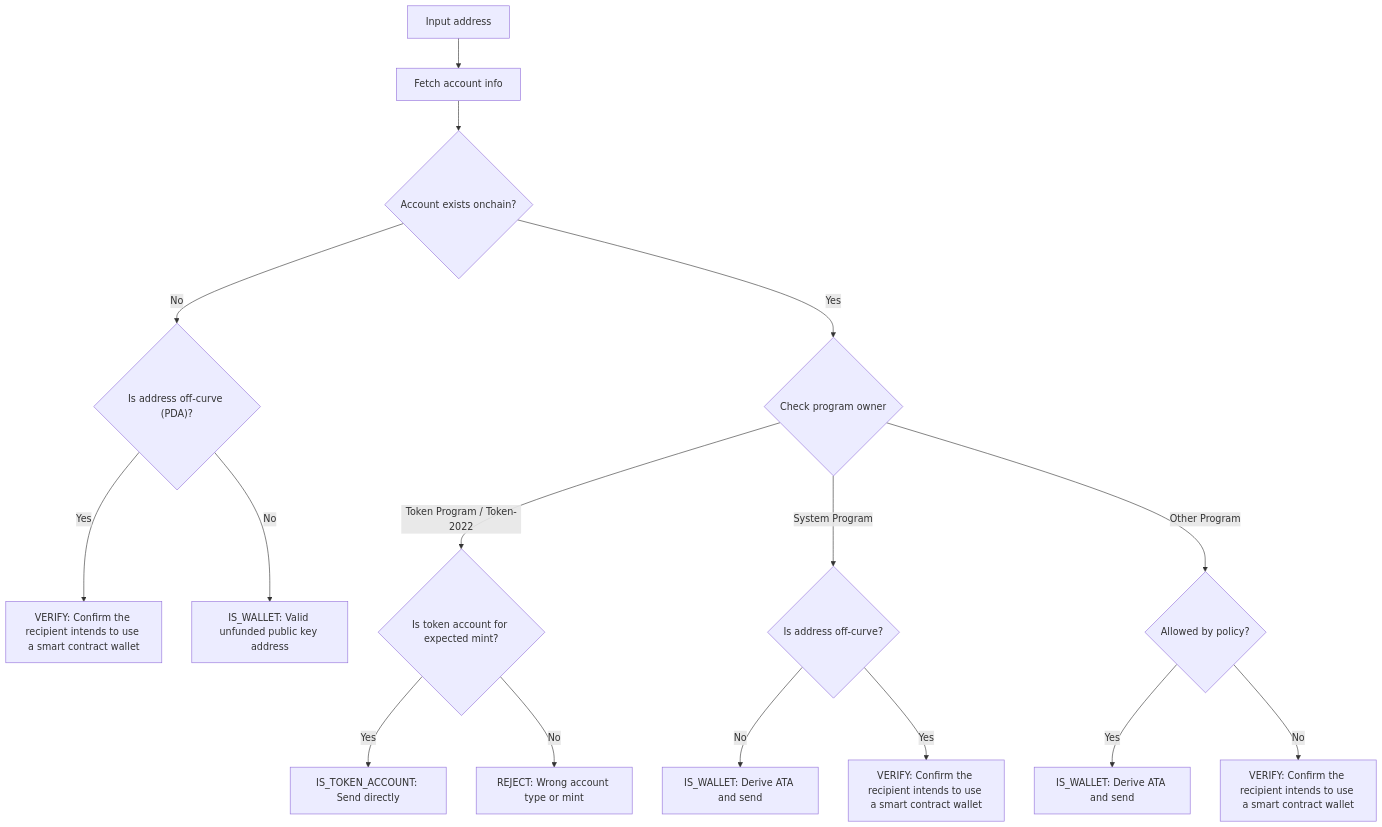
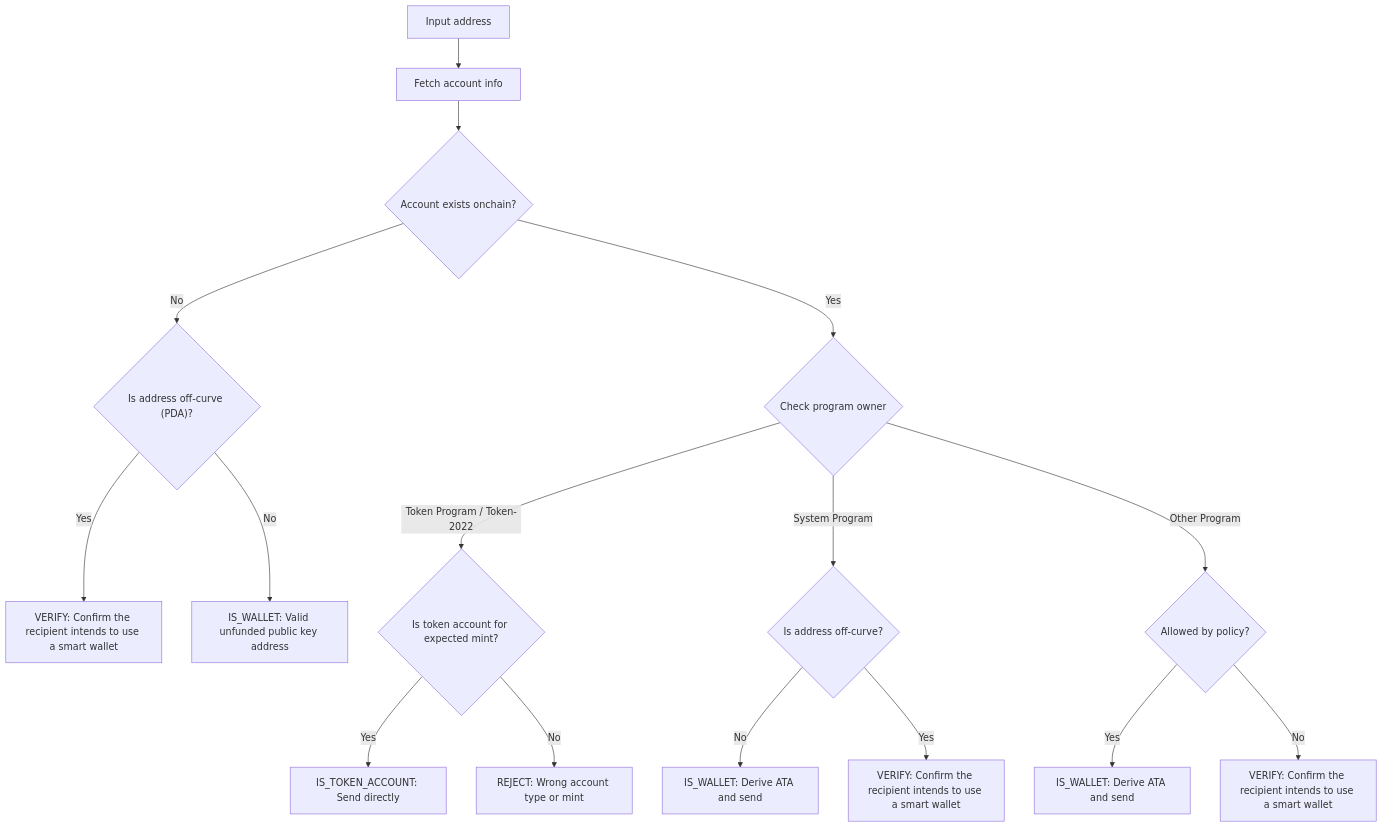
The diagram in apps/docs/content/docs/en/payments/send-payments/verify-address.mdx (solana-foundation/solana-com), drawn with Mermaid before and after one commit. The commit also changed other lines of this file, not shown here.

Commit message:
docs(payments): standardize on smart wallet terminology

````diff
--- a/apps/docs/content/docs/en/payments/send-payments/verify-address.mdx
+++ b/apps/docs/content/docs/en/payments/send-payments/verify-address.mdx
@@ -137,28 +139,28 @@
 ```mermaid title="Address Verification Flow"
 flowchart TD
     A["Input address"]
     B["Fetch account info"]
 
     A --> B
     B --> C{"Account exists onchain?"}
 
     %% --- Non-existent account path ---
     C -- "No" --> D{"Is address off-curve (PDA)?"}
-    D -- "Yes" --> V1["VERIFY: Confirm the recipient intends to use a smart contract wallet"]
+    D -- "Yes" --> V1["VERIFY: Confirm the recipient intends to use a smart wallet"]
     D -- "No" --> W1["IS_WALLET: Valid unfunded public key address"]
 
     %% --- Existing account path ---
     C -- "Yes" --> F{"Check program owner"}
 
     F -- "Token Program / Token-2022" --> G{"Is token account for expected mint?"}
     G -- "Yes" --> T1["IS_TOKEN_ACCOUNT: Send directly"]
     G -- "No" --> R1["REJECT: Wrong account type or mint"]
 
     F -- "System Program" --> H{"Is address off-curve?"}
     H -- "No" --> W2["IS_WALLET: Derive ATA and send"]
-    H -- "Yes" --> V3["VERIFY: Confirm the recipient intends to use a smart contract wallet"]
+    H -- "Yes" --> V3["VERIFY: Confirm the recipient intends to use a smart wallet"]
 
     F -- "Other Program" --> K{"Allowed by policy?"}
     K -- "Yes" --> W3["IS_WALLET: Derive ATA and send"]
-    K -- "No" --> V2["VERIFY: Confirm the recipient intends to use a smart contract wallet"]
+    K -- "No" --> V2["VERIFY: Confirm the recipient intends to use a smart wallet"]
 ```
````
